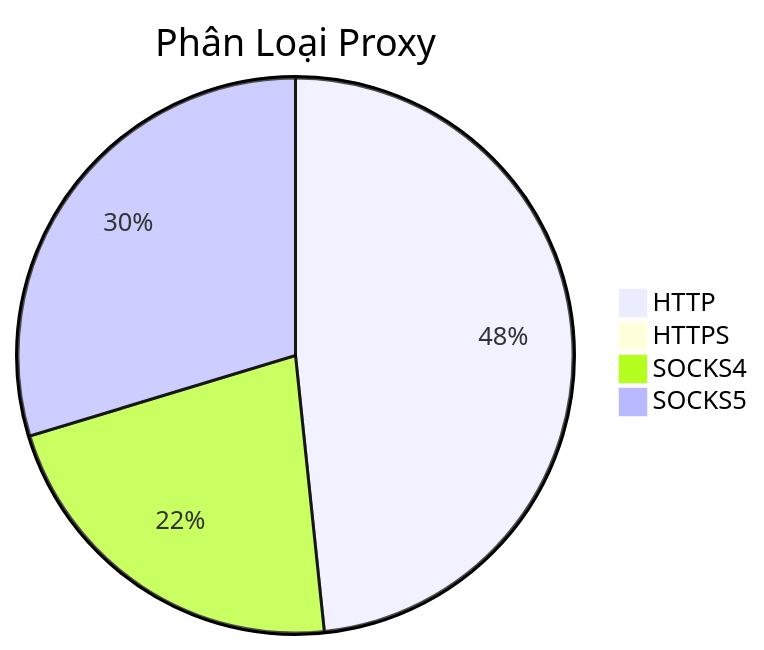
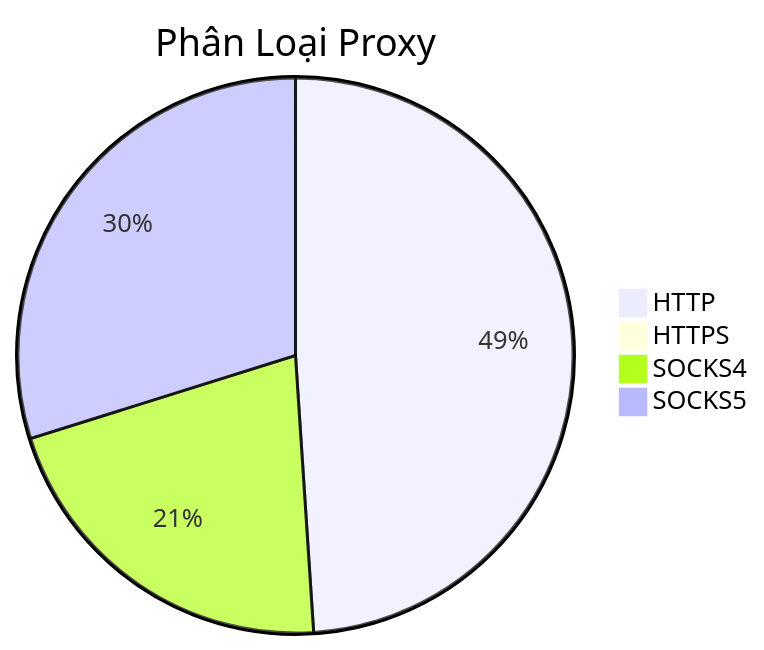
The diagram in README.md (Ciara-12/PROXY-free), drawn with Mermaid before and after one commit. The commit also changed other lines of this file and 3 other files, not shown here.

````diff
--- a/README.md
+++ b/README.md
@@ -26,7 +26,7 @@
 ```mermaid
 pie title Phân Loại Proxy
-    "HTTP" : 671
+    "HTTP" : 704
     "HTTPS" : 0
     "SOCKS4" : 305
-    "SOCKS5" : 412
+    "SOCKS5" : 429
 ```
````
